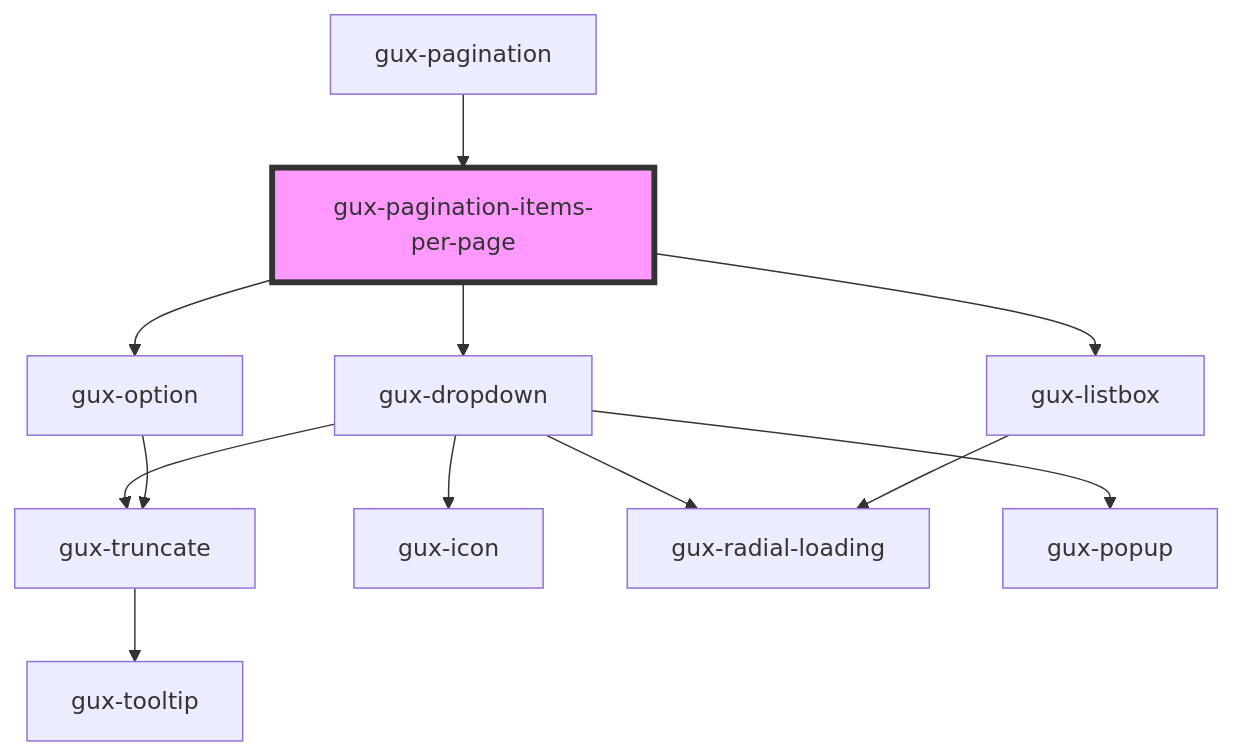
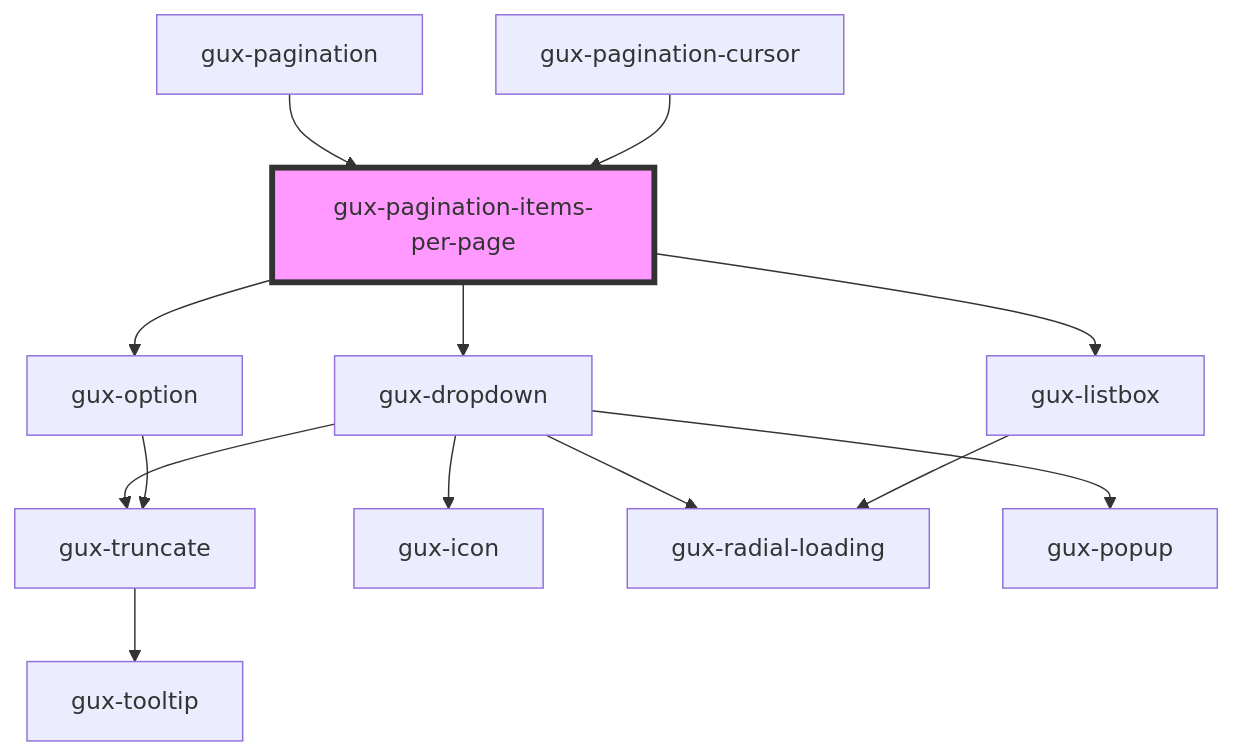
One commit to MyPureCloud/genesys-spark changed the diagram in packages/genesys-spark-components/src/components/stable/gux-pagination/gux-pagination-items-per-page/readme.md. Above: the diagram before and after it, drawn with Mermaid. The commit also changed other lines of this file and 3 other files, not shown here.

Commit message:
fix(pagination-cursor): fixing missing items per page dropdown

````diff
--- a/packages/genesys-spark-components/src/components/stable/gux-pagination/gux-pagination-items-per-page/readme.md
+++ b/packages/genesys-spark-components/src/components/stable/gux-pagination/gux-pagination-items-per-page/readme.md
@@ -36,15 +37,16 @@
 ```mermaid
 graph TD;
   gux-pagination-items-per-page --> gux-dropdown
   gux-pagination-items-per-page --> gux-listbox
   gux-pagination-items-per-page --> gux-option
   gux-dropdown --> gux-truncate
   gux-dropdown --> gux-icon
   gux-dropdown --> gux-radial-loading
   gux-dropdown --> gux-popup
   gux-truncate --> gux-tooltip
   gux-listbox --> gux-radial-loading
   gux-option --> gux-truncate
   gux-pagination --> gux-pagination-items-per-page
+  gux-pagination-cursor --> gux-pagination-items-per-page
   style gux-pagination-items-per-page fill:#f9f,stroke:#333,stroke-width:4px
 ```
````
